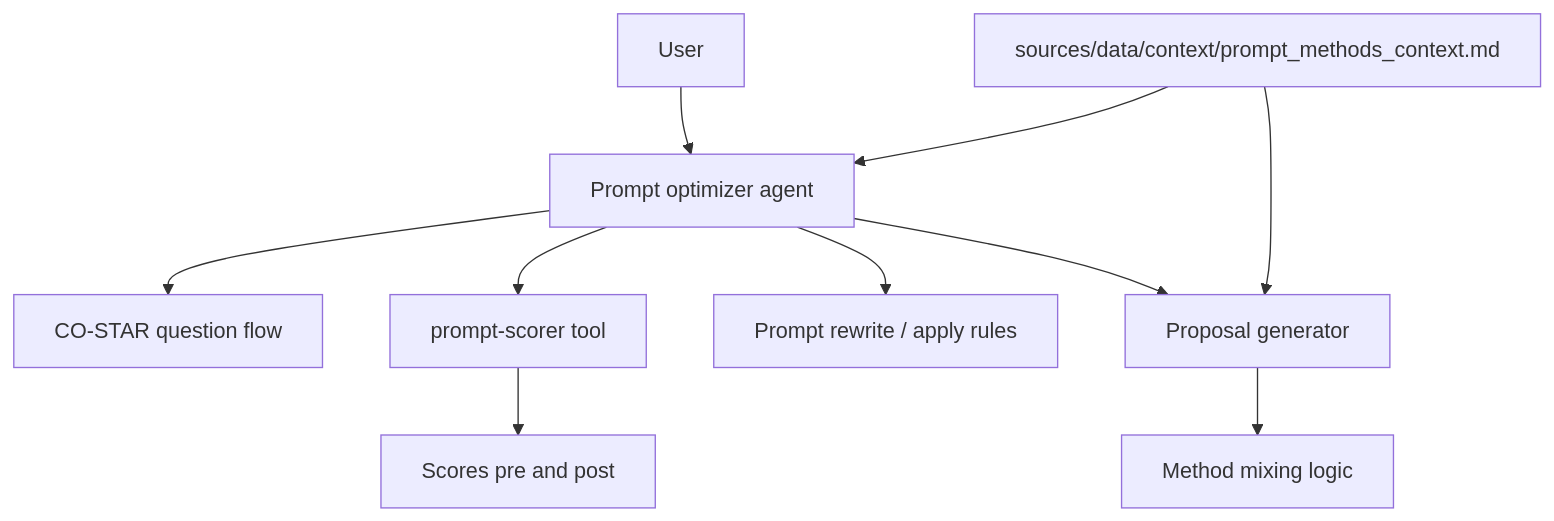
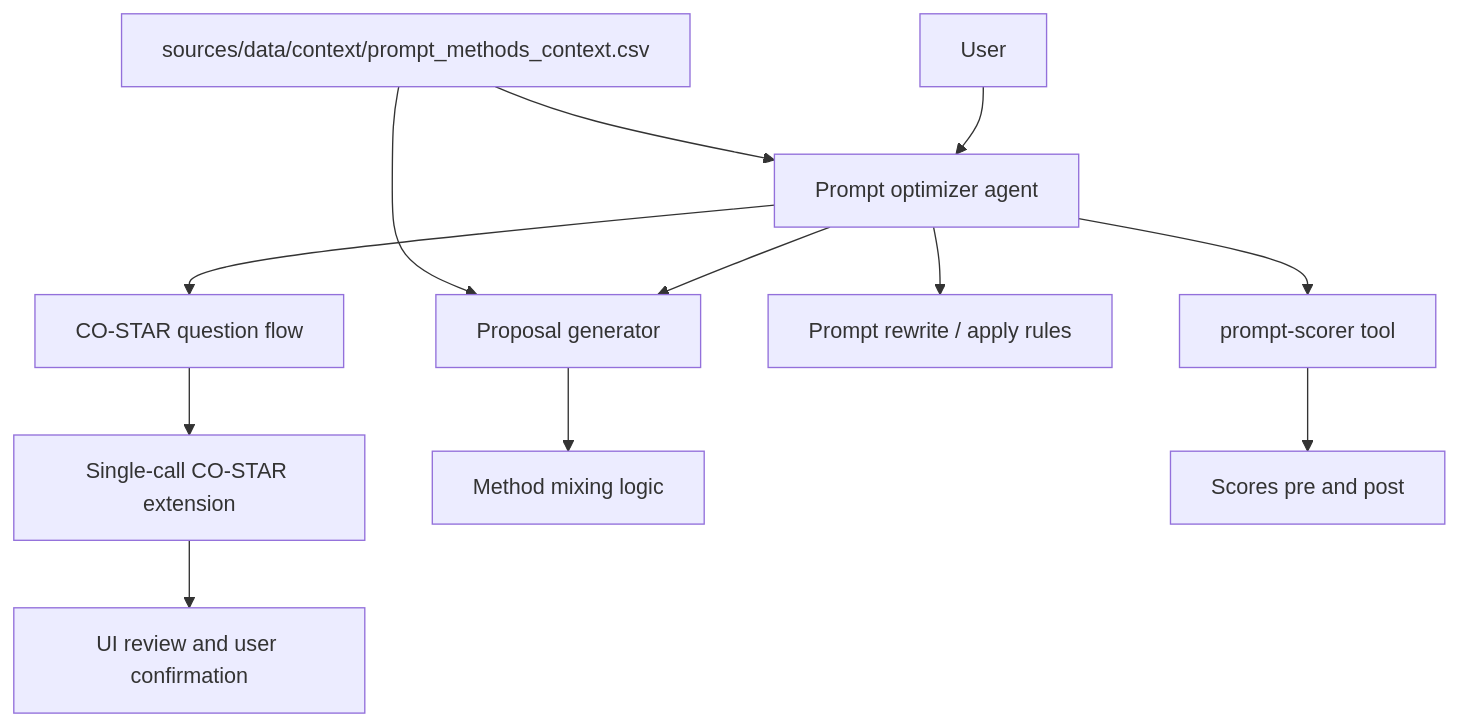
One commit to trummelbummel/promptymize changed the diagram in docs/ai/design/feature-prompt-optimizer-agent.md. Above: the diagram before and after it, drawn with Mermaid. The commit also changed other lines of this file and 40 other files, not shown here.

````diff
--- a/docs/ai/design/feature-prompt-optimizer-agent.md
+++ b/docs/ai/design/feature-prompt-optimizer-agent.md
@@ -13,13 +13,15 @@
 ```mermaid
 graph TD
   User[User] --> Agent[Prompt optimizer agent]
   Agent --> QA[CO-STAR question flow]
-  CtxFile[sources/data/context/prompt_methods_context.md]
+  QA --> Expand[Single-call CO-STAR extension]
+  Expand --> Review[UI review and user confirmation]
+  CtxFile[sources/data/context/prompt_methods_context.csv]
   CtxFile --> Agent
   Agent --> Propose[Proposal generator]
   Propose --> Mix[Method mixing logic]
   Agent --> Apply[Prompt rewrite / apply rules]
   Agent --> Scorer[prompt-scorer tool]
   Scorer --> Scores[Scores pre and post]
   CtxFile --> Propose
 ```
````
